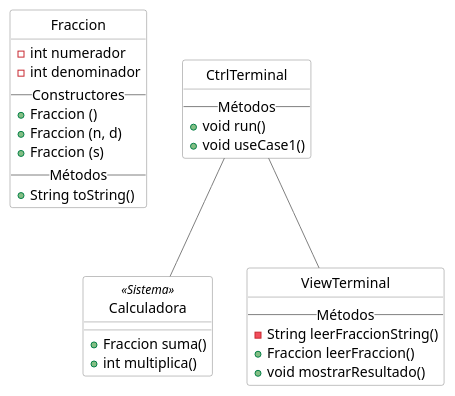
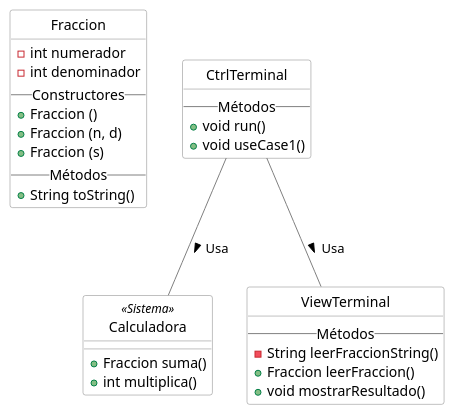
One commit to srlopez/RUP changed the second of 4 diagrams in ejemplos/fraccion_completo.md. Above: the diagram before and after it, drawn with PlantUML.

````diff
--- a/ejemplos/fraccion_completo.md
+++ b/ejemplos/fraccion_completo.md
@@ -89,47 +89,47 @@
 ```plantuml
 @startuml
 'left to right direction
 skinparam class {
   skinparam monochrome true
   skinparam shadowing false
   BackgroundColor White
   BorderColor Gray
   ' FontName Consolas
   ArrowColor Gray
 }
 scale 1
 hide circle
 
 class Fraccion {
   -int numerador
   -int denominador
 -- Constructores --
   + Fraccion ()
   + Fraccion (n, d)
   + Fraccion (s)
 -- Métodos --
   +String toString()
 }
 
 class Calculadora <<Sistema>>{
   +Fraccion suma()
   +int multiplica()
 }
 
 class CtrlTerminal{
 -- Métodos --
   +void run()
   +void useCase1()
 }
 
 class ViewTerminal{
 -- Métodos --
   - String leerFraccionString()
   +Fraccion leerFraccion()
   +void mostrarResultado()
 }
 
-CtrlTerminal -- Calculadora
-CtrlTerminal -- ViewTerminal
+CtrlTerminal -- Calculadora: Usa >
+CtrlTerminal -- ViewTerminal: Usa >
 @enduml
 ```
````
